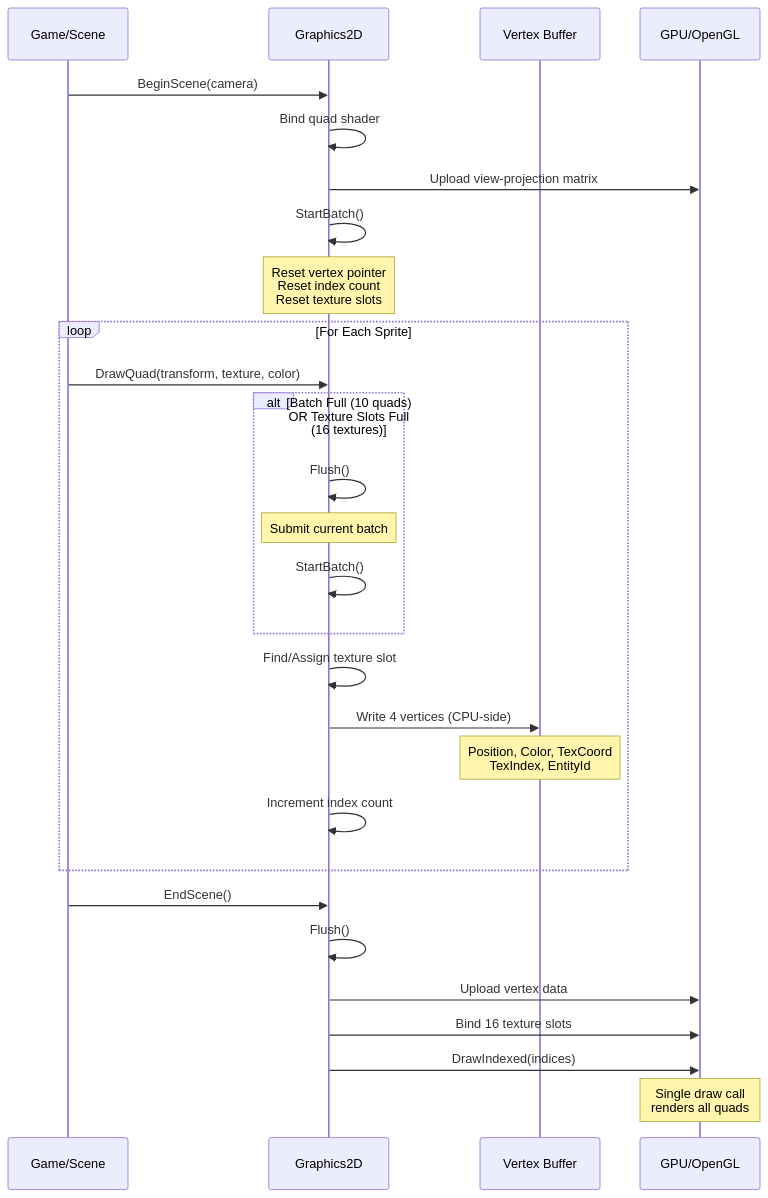
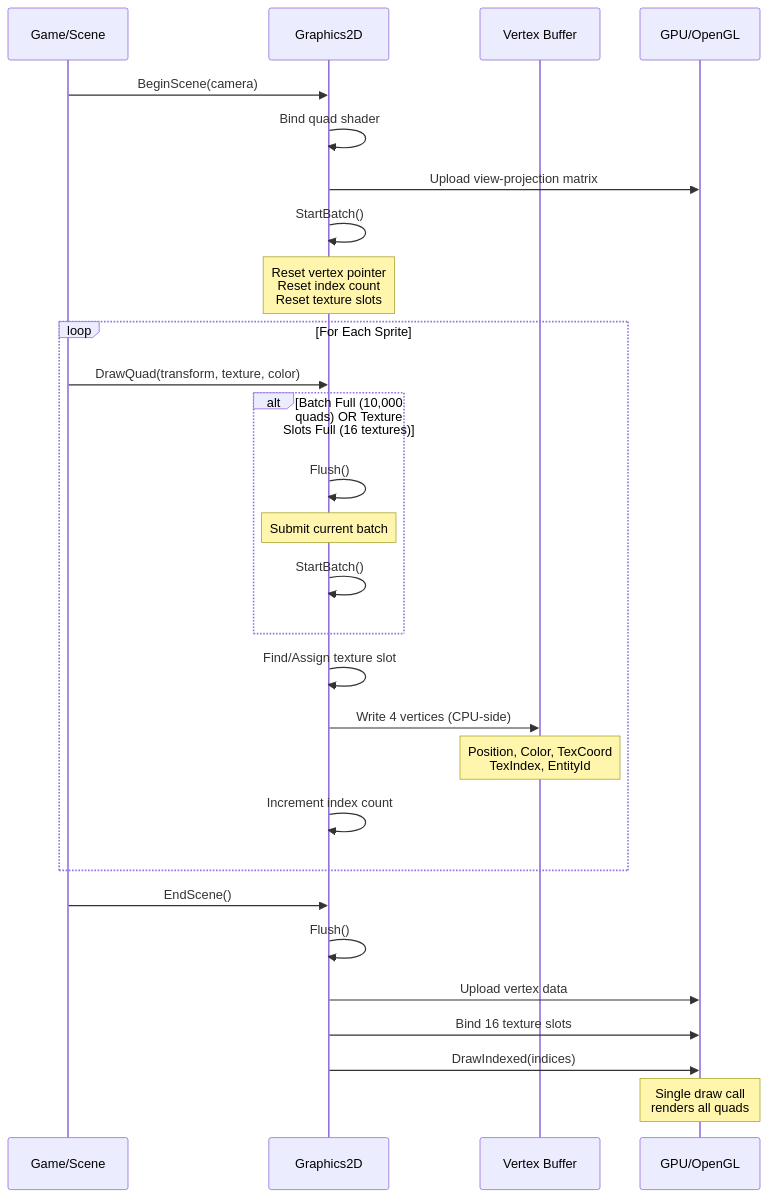
The second of 7 diagrams in docs/modules/rendering-pipeline.md (kateusz/GameEngine), drawn with Mermaid before and after one commit. The commit also changed other lines of this file and 1 other file, not shown here.

````diff
--- a/docs/modules/rendering-pipeline.md
+++ b/docs/modules/rendering-pipeline.md
@@ -282,36 +282,36 @@
 ```mermaid
 sequenceDiagram
     participant Client as Game/Scene
     participant G2D as Graphics2D
     participant Buffer as Vertex Buffer
     participant GPU as GPU/OpenGL
 
     Client->>G2D: BeginScene(camera)
     G2D->>G2D: Bind quad shader
     G2D->>GPU: Upload view-projection matrix
     G2D->>G2D: StartBatch()
     Note over G2D: Reset vertex pointer<br/>Reset index count<br/>Reset texture slots
 
     loop For Each Sprite
         Client->>G2D: DrawQuad(transform, texture, color)
 
-        alt Batch Full (10 quads) OR Texture Slots Full (16 textures)
+        alt Batch Full (10,000 quads) OR Texture Slots Full (16 textures)
             G2D->>G2D: Flush()
             Note over G2D: Submit current batch
             G2D->>G2D: StartBatch()
         end
 
         G2D->>G2D: Find/Assign texture slot
         G2D->>Buffer: Write 4 vertices (CPU-side)
         Note over Buffer: Position, Color, TexCoord<br/>TexIndex, EntityId
         G2D->>G2D: Increment index count
     end
 
     Client->>G2D: EndScene()
     G2D->>G2D: Flush()
 
     G2D->>GPU: Upload vertex data
     G2D->>GPU: Bind 16 texture slots
     G2D->>GPU: DrawIndexed(indices)
     Note over GPU: Single draw call<br/>renders all quads
 ```
````
